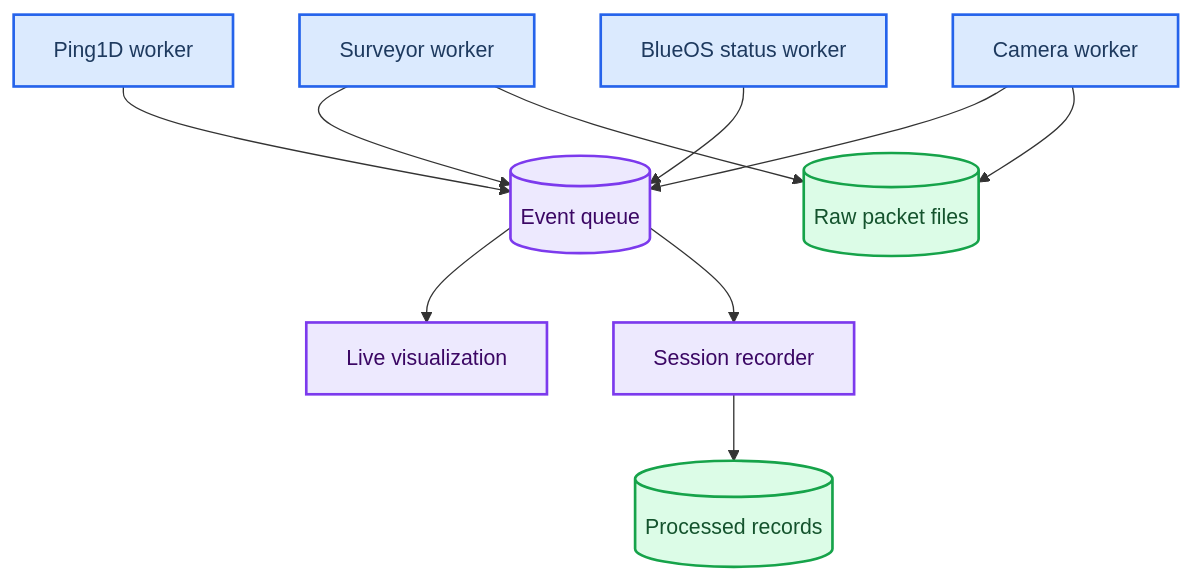
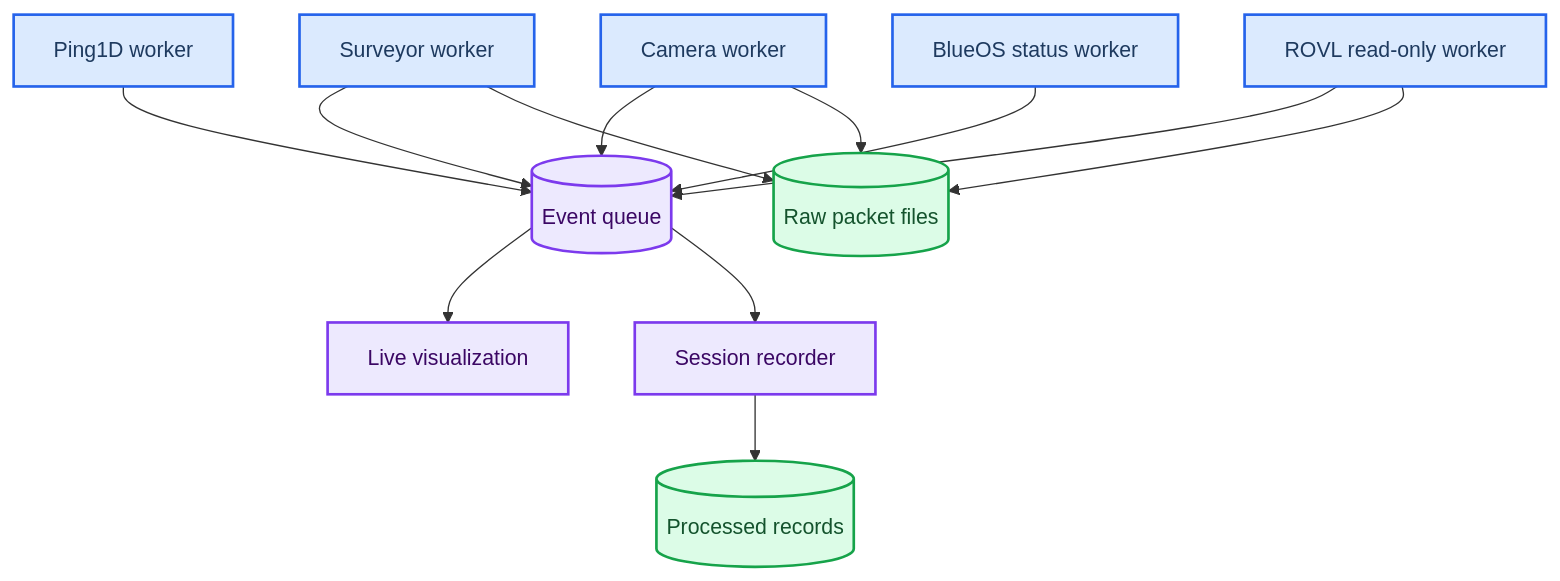
One commit to AndreaBedei1/BlueROV2MultimodalRecorder changed the diagram in docs/ARCHITECTURE.md. Above: the diagram before and after it, drawn with Mermaid. The commit also changed other lines of this file and 13 other files, not shown here.

````diff
--- a/docs/ARCHITECTURE.md
+++ b/docs/ARCHITECTURE.md
@@ -11,33 +11,36 @@
 ```mermaid
 flowchart TB
     accTitle: Recorder Runtime Data Flow
-    accDescr: Three real sensor workers feed a shared event queue, while the GUI visualizes events and the session recorder writes raw and processed files using host timestamps.
+    accDescr: Four sensor workers feed a shared event queue, while the GUI visualizes events and the session recorder writes optional raw and processed files using host timestamps.
 
     surveyor_worker[Surveyor worker]
     ping1d_worker[Ping1D worker]
     camera_worker[Camera worker]
+    rovl_worker[ROVL read-only worker]
     blueos_worker[BlueOS status worker]
     event_queue[(Event queue)]
     gui[Live visualization]
     recorder[Session recorder]
     raw_files[(Raw packet files)]
     processed_files[(Processed records)]
 
     surveyor_worker --> event_queue
     ping1d_worker --> event_queue
     camera_worker --> event_queue
+    rovl_worker --> event_queue
     blueos_worker --> event_queue
     event_queue --> gui
     event_queue --> recorder
     surveyor_worker --> raw_files
     camera_worker --> raw_files
+    rovl_worker --> raw_files
     recorder --> processed_files
 
     classDef input fill:#dbeafe,stroke:#2563eb,stroke-width:2px,color:#1e3a5f
     classDef process fill:#ede9fe,stroke:#7c3aed,stroke-width:2px,color:#3b0764
     classDef data fill:#dcfce7,stroke:#16a34a,stroke-width:2px,color:#14532d
 
-    class surveyor_worker,ping1d_worker,camera_worker,blueos_worker input
+    class surveyor_worker,ping1d_worker,camera_worker,rovl_worker,blueos_worker input
     class event_queue,gui,recorder process
     class raw_files,processed_files data
 ```
````
